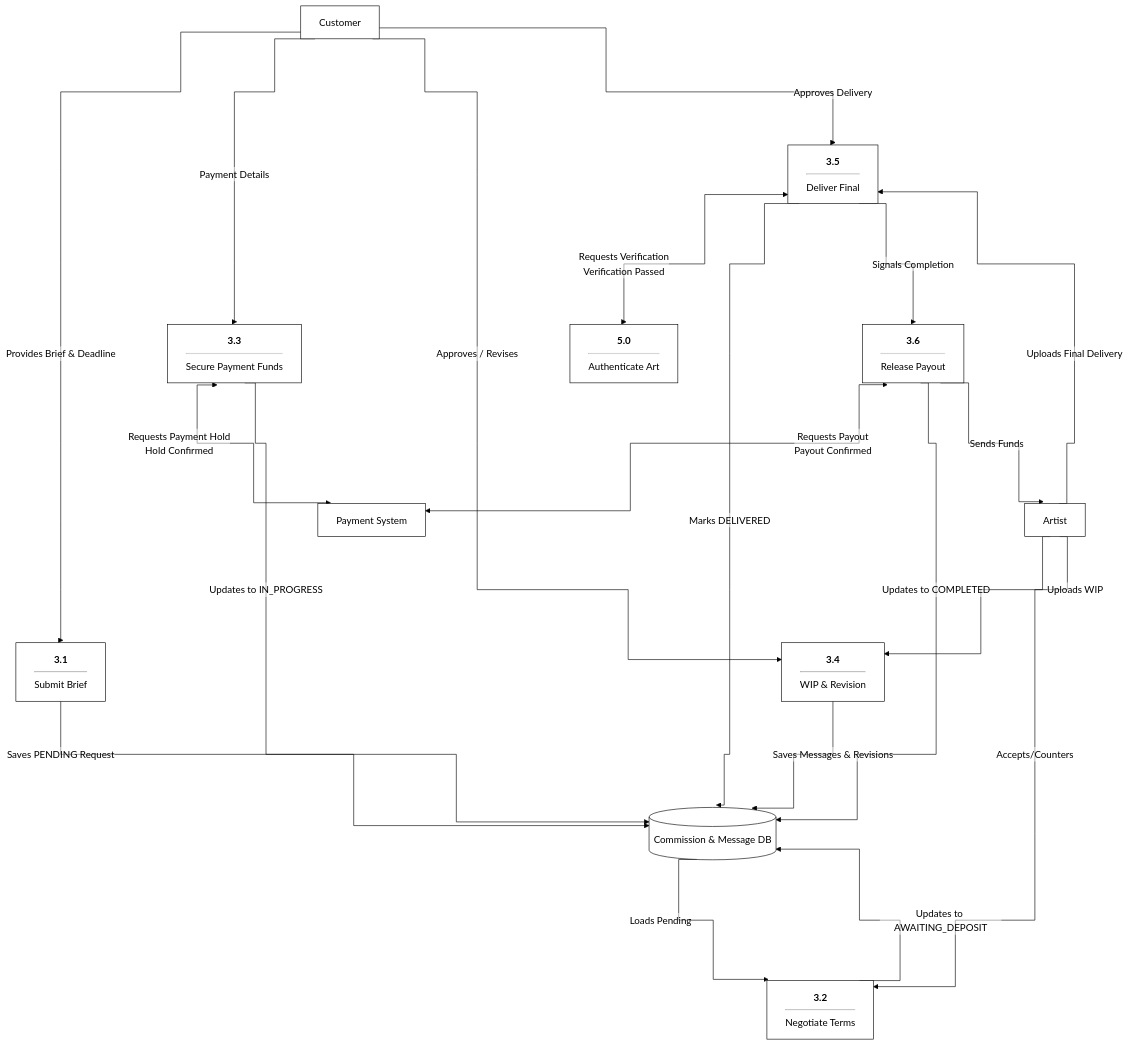
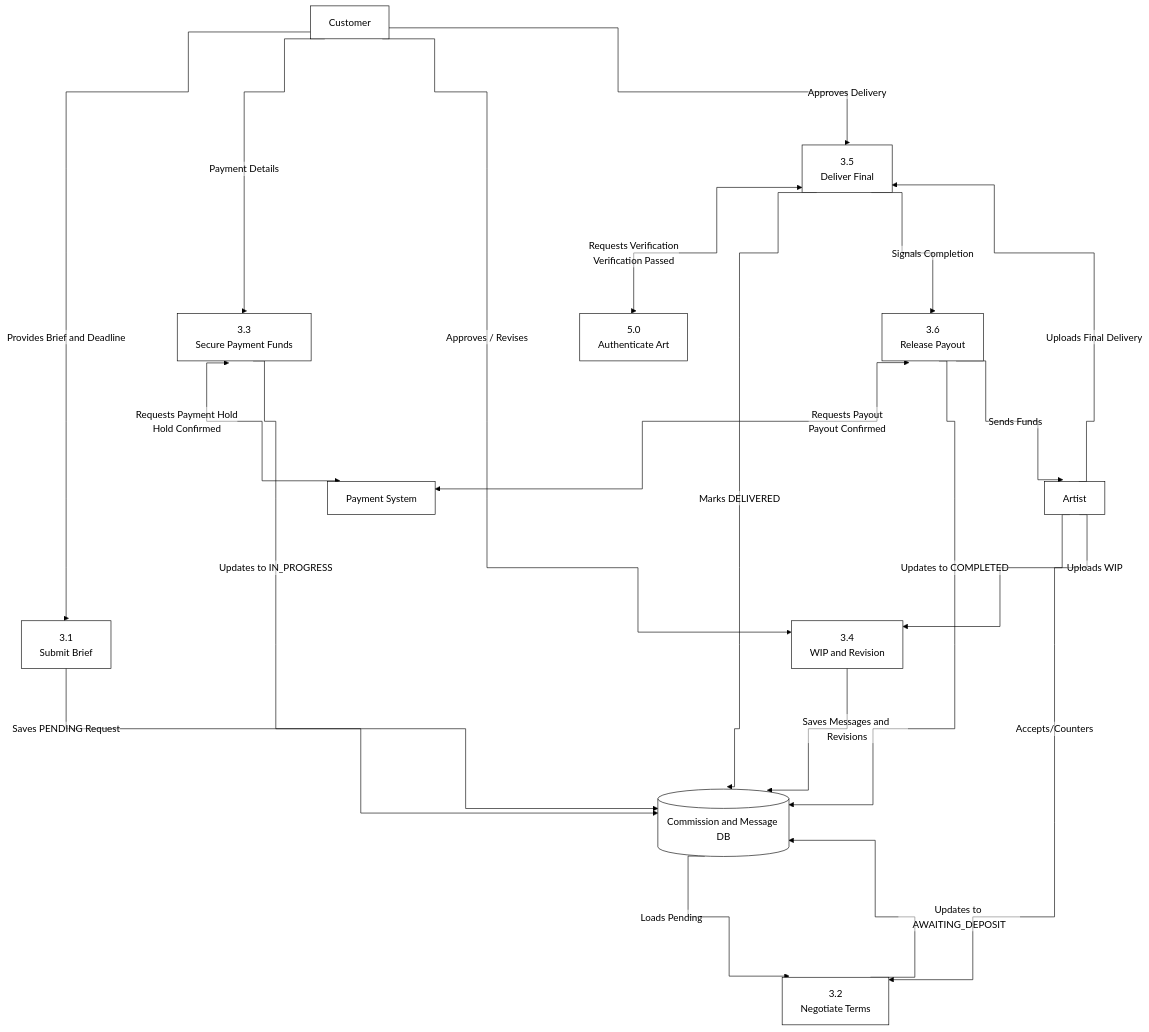
One commit to binssente-crypto/DFD changed the third of 3 diagrams in README.md. Above: the diagram before and after it, drawn with Mermaid. The commit also changed other lines of this file, not shown here.

````diff
--- a/README.md
+++ b/README.md
@@ -89,46 +89,46 @@
 ```mermaid
 %%{init: { 'flowchart': { 'curve': 'step', 'nodeSpacing': 150, 'rankSpacing': 150 }, 'theme': 'base', 'themeVariables': { 'primaryColor': '#ffffff', 'primaryBorderColor': '#000000', 'primaryTextColor': '#000000', 'lineColor': '#000000', 'background': '#ffffff', 'edgeLabelBackground': 'rgba(255, 255, 255, 0)' } }}%%
 graph TD
     %% External Entities
     Customer[Customer]
     Artist[Artist]
     
     %% Stores & Services
-    Database[(Commission & Message DB)]
+    Database[(Commission and Message DB)]
     Payment[Payment System]
-    P5["<b>5.0</b><hr/>Authenticate Art"]
+    P5["5.0<br/>Authenticate Art"]
     
     %% Sub-Processes
-    P31["<b>3.1</b><hr/>Submit Brief"]
-    P32["<b>3.2</b><hr/>Negotiate Terms"]
-    P33["<b>3.3</b><hr/>Secure Payment Funds"]
-    P34["<b>3.4</b><hr/>WIP & Revision"]
-    P35["<b>3.5</b><hr/>Deliver Final"]
-    P36["<b>3.6</b><hr/>Release Payout"]
+    P31["3.1<br/>Submit Brief"]
+    P32["3.2<br/>Negotiate Terms"]
+    P33["3.3<br/>Secure Payment Funds"]
+    P34["3.4<br/>WIP and Revision"]
+    P35["3.5<br/>Deliver Final"]
+    P36["3.6<br/>Release Payout"]
     
     %% Flows
-    Customer -- "Provides Brief & Deadline" --> P31
+    Customer -- "Provides Brief and Deadline" --> P31
     P31 -- "Saves PENDING Request" --> Database
     
     Database -- "Loads Pending" --> P32
     Artist -- "Accepts/Counters" --> P32
     P32 -- "Updates to AWAITING_DEPOSIT" --> Database
     
     Customer -- "Payment Details" --> P33
     P33 <--> |"Requests Payment Hold<br/>Hold Confirmed"| Payment
     P33 -- "Updates to IN_PROGRESS" --> Database
     
     Artist -- "Uploads WIP" --> P34
     Customer -- "Approves / Revises" --> P34
-    P34 -- "Saves Messages & Revisions" --> Database
+    P34 -- "Saves Messages and Revisions" --> Database
     
     Artist -- "Uploads Final Delivery" --> P35
     P35 <--> |"Requests Verification<br/>Verification Passed"| P5
     Customer -- "Approves Delivery" --> P35
     P35 -- "Marks DELIVERED" --> Database
     
     P35 -- "Signals Completion" --> P36
     P36 <--> |"Requests Payout<br/>Payout Confirmed"| Payment
     P36 -- "Updates to COMPLETED" --> Database
     P36 -- "Sends Funds" --> Artist
 ```
````
